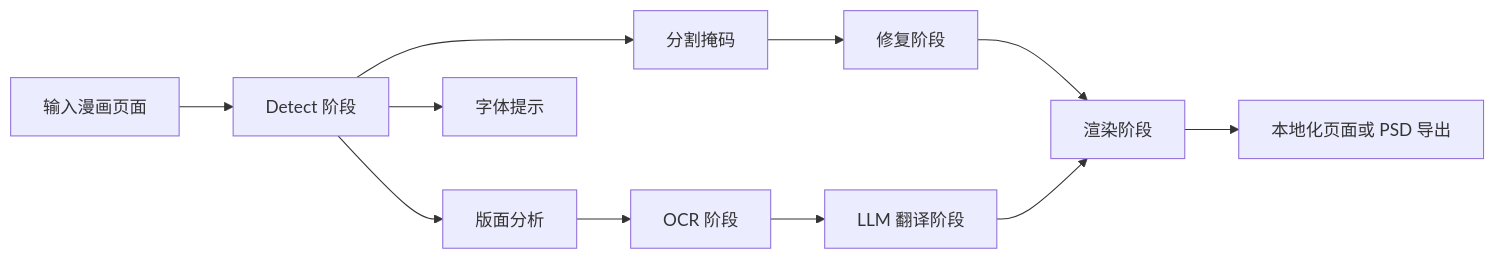
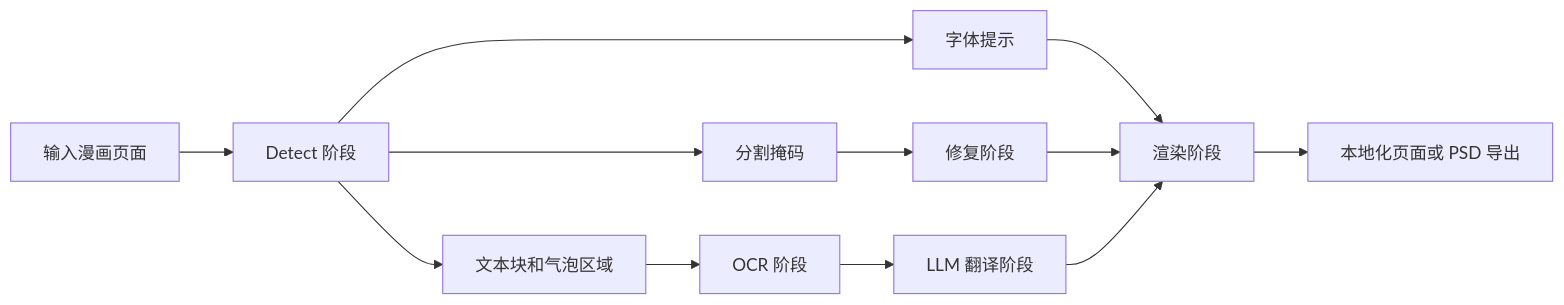
Before and after one commit to mayocream/koharu: the diagram in docs/zh-CN/explanation/how-koharu-works.md, drawn with Mermaid. The commit also changed other lines of this file and 12 other files, not shown here.

````diff
--- a/docs/zh-CN/explanation/how-koharu-works.md
+++ b/docs/zh-CN/explanation/how-koharu-works.md
@@ -11,13 +11,14 @@
 ```mermaid
 flowchart LR
     A[输入漫画页面] --> B[Detect 阶段]
-    B --> B1[版面分析]
+    B --> B1[文本块和气泡区域]
     B --> B2[分割掩码]
     B --> B3[字体提示]
     B1 --> C[OCR 阶段]
     B2 --> D[修复阶段]
     C --> E[LLM 翻译阶段]
+    B3 --> F
     D --> F[渲染阶段]
     E --> F
     F --> G[本地化页面或 PSD 导出]
 ```
````
